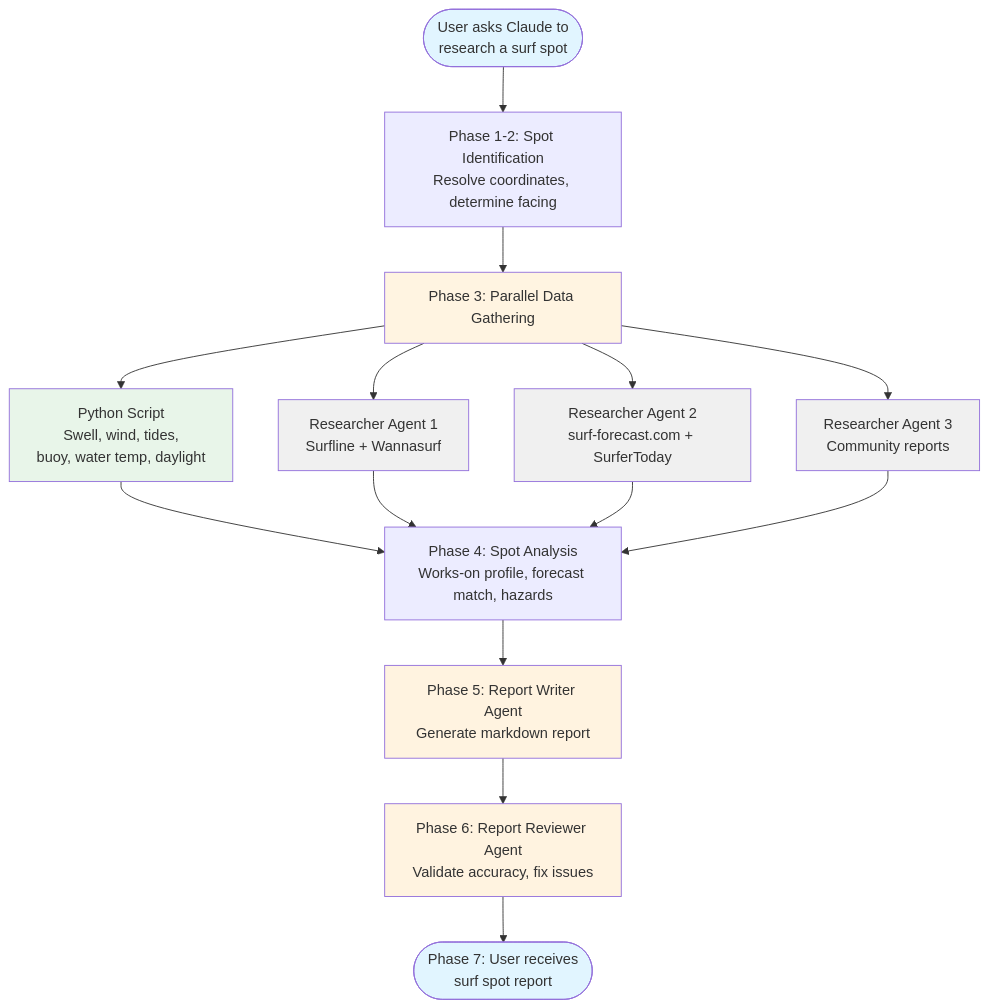
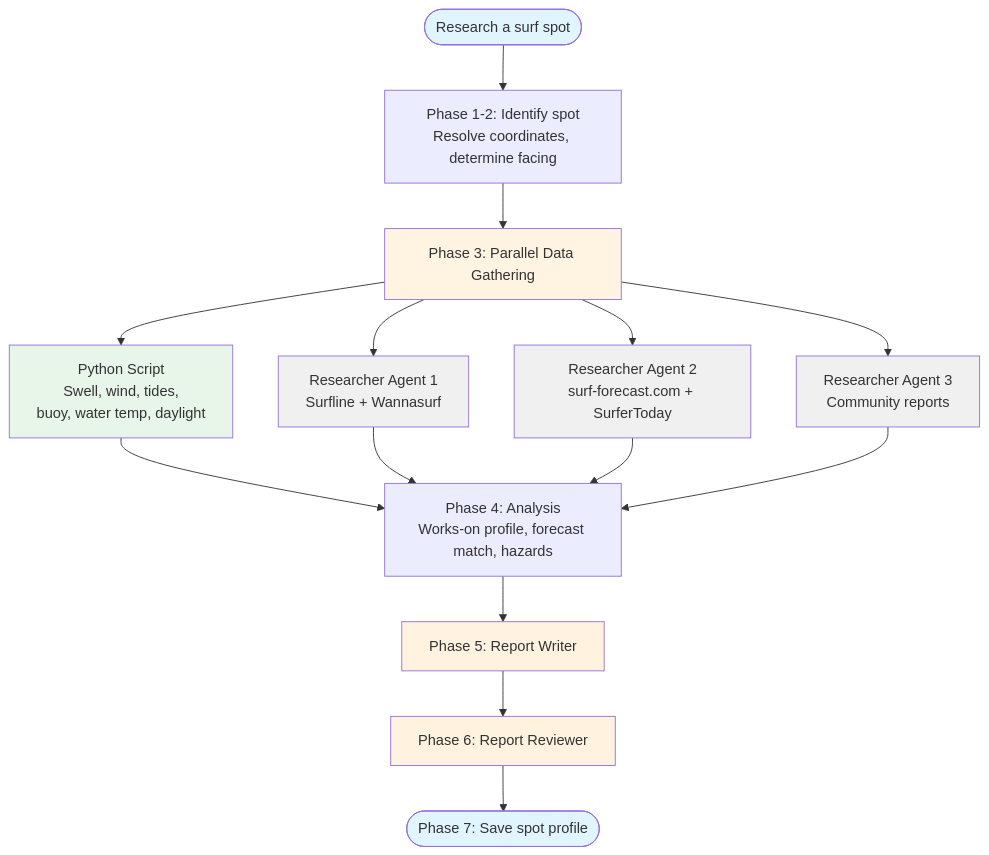
One commit to EHernandez-dev/claude-surfing-skills changed the diagram in README.md. Above: the diagram before and after it, drawn with Mermaid. The commit also changed other lines of this file, not shown here.

First line of the commit message:
Rewrite the README around the surf-companion model

````diff
--- a/README.md
+++ b/README.md
@@ -41,34 +119,26 @@
 ```mermaid
 graph TB
-    Start([User asks Claude to<br/>research a surf spot]) --> Search[Phase 1-2: Spot Identification<br/>Resolve coordinates, determine facing]
-
+    Start([Research a surf spot]) --> Search[Phase 1-2: Identify spot<br/>Resolve coordinates, determine facing]
     Search --> Parallel[Phase 3: Parallel Data Gathering]
-
     Parallel --> Python[Python Script<br/>Swell, wind, tides,<br/>buoy, water temp, daylight]
     Parallel --> Agent1[Researcher Agent 1<br/>Surfline + Wannasurf]
     Parallel --> Agent2[Researcher Agent 2<br/>surf-forecast.com + SurferToday]
     Parallel --> Agent3[Researcher Agent 3<br/>Community reports]
-
     Python --> Analyze
     Agent1 --> Analyze
     Agent2 --> Analyze
     Agent3 --> Analyze
-
-    Analyze[Phase 4: Spot Analysis<br/>Works-on profile, forecast match, hazards]
-
-    Analyze --> Writer[Phase 5: Report Writer Agent<br/>Generate markdown report]
-
-    Writer --> Reviewer[Phase 6: Report Reviewer Agent<br/>Validate accuracy, fix issues]
-
-    Reviewer --> End([Phase 7: User receives<br/>surf spot report])
-
+    Analyze[Phase 4: Analysis<br/>Works-on profile, forecast match, hazards]
+    Analyze --> Writer[Phase 5: Report Writer]
+    Writer --> Reviewer[Phase 6: Report Reviewer]
+    Reviewer --> Profile([Phase 7: Save spot profile])
     style Start fill:#e1f5ff
-    style End fill:#e1f5ff
+    style Profile fill:#e1f5ff
     style Parallel fill:#fff4e1
     style Python fill:#e8f5e9
     style Agent1 fill:#f0f0f0
     style Agent2 fill:#f0f0f0
     style Agent3 fill:#f0f0f0
     style Writer fill:#fff3e0
     style Reviewer fill:#fff3e0
 ```
````
